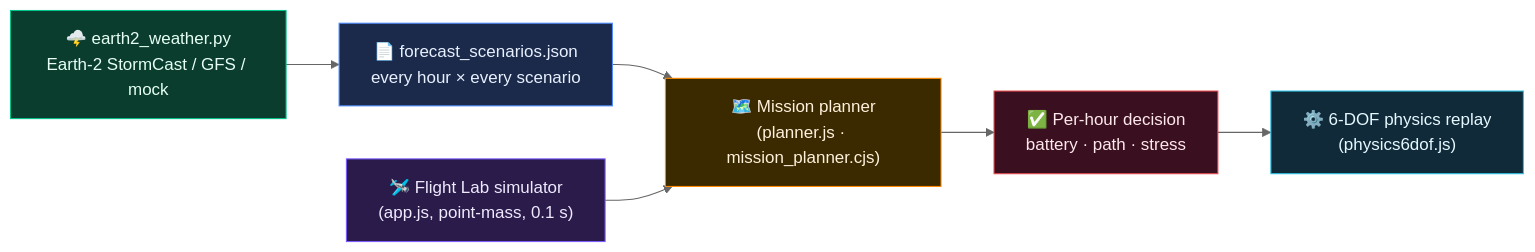
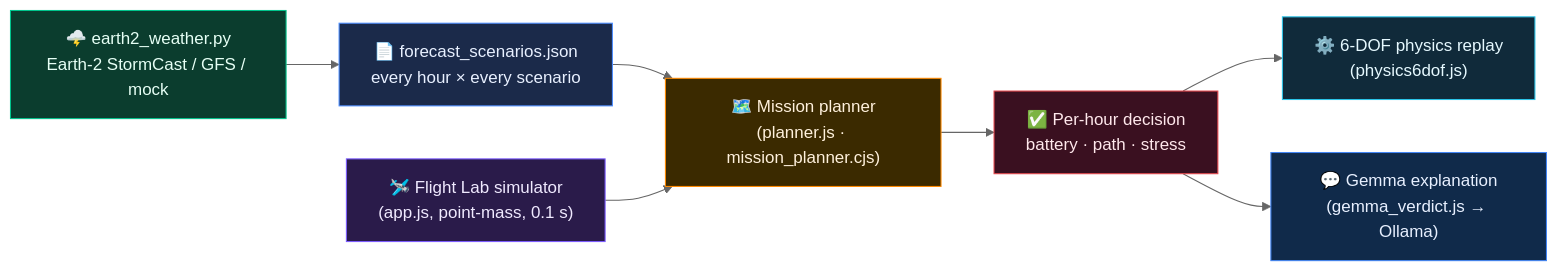
One commit to Nikhitha-byte/TERRADRONE-SIM changed the diagram in README.md. Above: the diagram before and after it, drawn with Mermaid (neutral theme). The commit also changed other lines of this file, not shown here.

````diff
--- a/README.md
+++ b/README.md
@@ -46,14 +49,16 @@
 ```mermaid
 flowchart LR
     A["🌩️ earth2_weather.py<br/>Earth-2 StormCast / GFS / mock"]:::wx --> B["📄 forecast_scenarios.json<br/>every hour × every scenario"]:::data
     B --> C["🗺️ Mission planner<br/>(planner.js · mission_planner.cjs)"]:::plan
     D["🛩️ Flight Lab simulator<br/>(app.js, point-mass, 0.1 s)"]:::sim --> C
     C --> E["✅ Per-hour decision<br/>battery · path · stress"]:::out
     E --> F["⚙️ 6-DOF physics replay<br/>(physics6dof.js)"]:::phys
+    E --> G["💬 Gemma explanation<br/>(gemma_verdict.js → Ollama)"]:::ai
     classDef wx fill:#0B3D2E,stroke:#00C48C,color:#E6FFF5
     classDef data fill:#1B2A4A,stroke:#4C8DFF,color:#E8F0FF
     classDef plan fill:#3B2A00,stroke:#FF8A00,color:#FFF1DC
     classDef sim fill:#2A1B4A,stroke:#7C5CFF,color:#F0EAFF
     classDef out fill:#3A1020,stroke:#E5484D,color:#FFE8EC
     classDef phys fill:#102A3A,stroke:#2CC4E8,color:#E6F9FF
+    classDef ai fill:#102A4A,stroke:#4285F4,color:#E8F0FF
 ```
````
